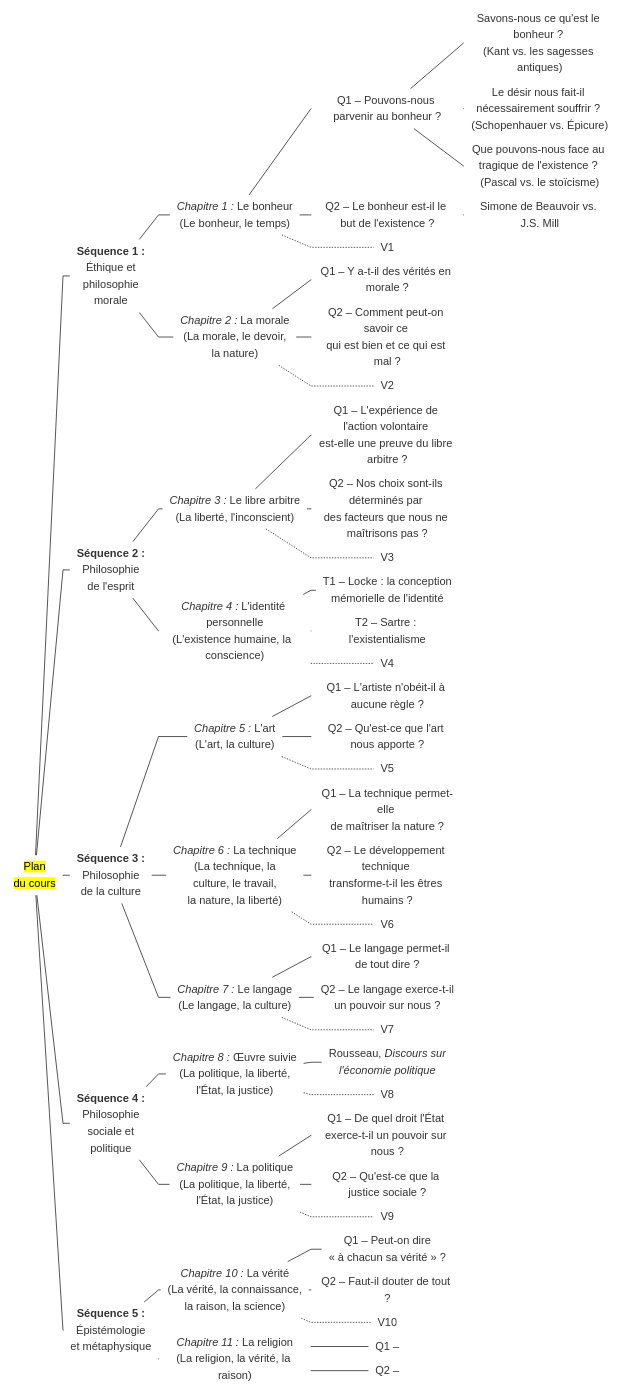
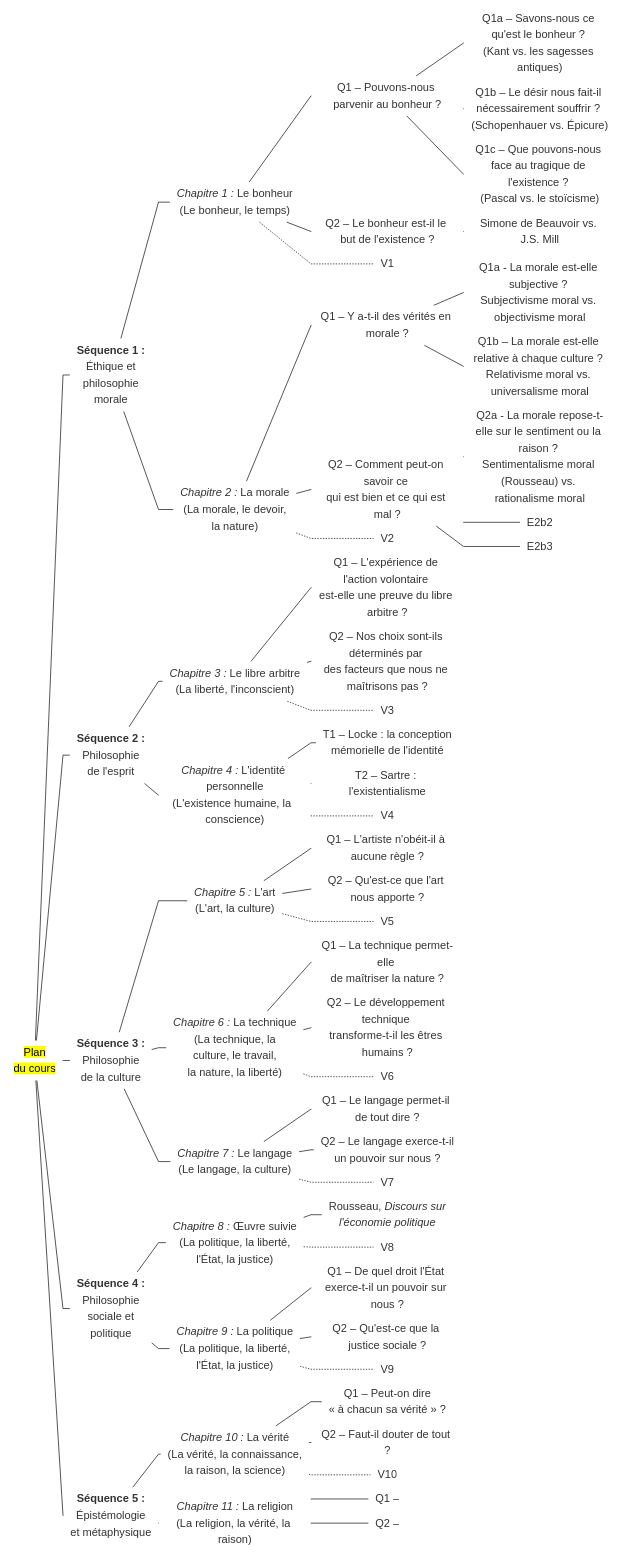
The diagram in plan-cours-2022.mmd (eyssette/tree-diagrams), drawn with Mermaid before and after one commit.

```diff
--- a/plan-cours-2022.mmd
+++ b/plan-cours-2022.mmd
@@ -1,89 +1,96 @@
 %%{init{"theme":"base","themeCSS":"* {line-height:1.25em!important; font-size:12px; text-align:left!important; } span span{color:#666; font-size:0.9em;}  g[id*=\"A\"] * {font-size:1.01em;}  g[id*=\"V\"] * {color:transparent} .edge-thickness-normal{stroke-width:1px; stroke:#999;} .edge-thickness-thick{stroke-width:1px!important} .edge-pattern-dotted{stroke:transparent} mark {background-color:grey; color:white; display:block; text-align:center!important; padding:5px 10px; border-radius:15px}","themeVariables":{"secondaryColor":"transparent","primaryColor":"transparent","primaryBorderColor":"transparent"},"flowchart":{"htmlLabels":true,"padding":5,"rankSpacing":1,"nodeSpacing":1,"curve":"linear"}} }%%
 flowchart LR
 
 A[<mark>Plan <br>du cours</mark>]
 
 B1[<b>Séquence 1 :</b></b><br> Éthique et <br> philosophie<br>  morale]
 B2[<b>Séquence 2 :</b><br> Philosophie <br> de l'esprit]
 B3[<b>Séquence 3 :</b><br> Philosophie<br> de la culture]
 B4[<b>Séquence 4 :</b><br> Philosophie<br>sociale et <br>politique]
 B5[<b>Séquence 5 :</b><br>Épistémologie <br>et métaphysique]
 
 A --- B1 & B2 & B3 & B4 & B5
 
 B1 --- C1 & C2
 B2 --- C3 & C4
 B3 --- C5 & C6 & C7
 B4 --- C8 & C9
 B5 --- C10 & C11
 
 C1["<i>Chapitre 1 :</i> Le bonheur<br><span>(Le bonheur, le temps)</span>"]
 C2["<i>Chapitre 2 :</i> La morale<br><span>(La morale, le devoir,<br>la nature)</span>"]
 
 C3["<i>Chapitre 3 :</i> Le libre arbitre<br><span>(La liberté, l'inconscient)</span>"]
 C4["<i>Chapitre 4 :</i> L'identité personnelle<br><span>(L'existence humaine, la  conscience)</span>"]
 
 C5["<i>Chapitre 5 :</i> L'art<br><span>(L'art, la culture)</span>"]
 C6["<i>Chapitre 6 :</i> La technique<br><span>(La technique, la<br>culture, le travail,<br>la nature, la liberté)</span>"]
 C7["<i>Chapitre 7 :</i> Le langage<br><span>(Le langage, la culture)</span>"]
 
 C8["<i>Chapitre 8 :</i> Œuvre suivie<br><span>(La politique, la liberté,<br> l'#Eacute;tat, la justice)</span>"]
 C9["<i>Chapitre 9 :</i> La politique<br><span>(La politique, la liberté,<br> l'#Eacute;tat, la justice)</span>"]
 
 C10["<i>Chapitre 10 :</i> La vérité<br><span>(La vérité, la connaissance, <br>la raison, la science)</span>"]
 C11["<i>Chapitre 11 :</i> La religion<br><span>(La religion, la vérité, la raison)</span>"]
 
 C1 --- D1a & D1b
 C1 -.- V1
 C2 --- D2a & D2b
 C2 -.- V2
 C3 --- D3a & D3b
 C3 -.- V3
 C4 --- D4a & D4b
 C4 -.- V4
 C5 --- D5a & D5b
 C5 -.- V5
 C6 --- D6a & D6b
 C6 -.- V6
 C7 --- D7a & D7b
 C7 -.- V7
 C8 --- D8
 C8 -.- V8
 C9 --- D9a & D9b
 C9 -.- V9
 C10 --- D10a & D10b
 C10 -.- V10
 C11 --- D11a & D11b
 
 D1a["Q1 – Pouvons-nous parvenir au bonheur ?"]
 D1b["Q2 – Le bonheur est-il le but de l'existence ?"]
 D2a["Q1 – Y a-t-il des vérités en morale ?"]
 D2b["Q2 – Comment peut-on savoir ce <br>qui est bien et ce qui est mal ?"]
 D3a["Q1 – L'expérience de l'action volontaire <br>est-elle une preuve du libre arbitre ?"]
 D3b["Q2 – Nos choix sont-ils déterminés par <br>des facteurs que nous ne maîtrisons pas ?"]
 D4a["T1 – Locke : la conception <br>mémorielle de l'identité"]
 D4b["T2 – Sartre : l'existentialisme"]
 D5a["Q1 – L'artiste n'obéit-il à aucune règle ?"]
 D5b["Q2 – Qu'est-ce que l'art nous apporte ?"]
 D6a["Q1 – La technique permet-elle <br>de maîtriser la nature ?"]
 D6b["Q2 – Le développement technique <br>transforme-t-il les êtres humains ?"]
 D7a["Q1 – Le langage permet-il de tout dire ?"]
 D7b["Q2 – Le langage exerce-t-il<br> un pouvoir sur nous ?"]
 D8["Rousseau, <i>Discours sur <br>l'économie politique</i>"]
 D9a["Q1 – De quel droit l'État <br>exerce-t-il un pouvoir sur nous ?"]
 D9b["Q2 – Qu'est-ce que la justice sociale ?"]
 D10a["Q1 – Peut-on dire <br>« à chacun sa vérité » ?"]
 D10b["Q2 – Faut-il douter de tout ?"]
 D11a["Q1 – "]
 D11b["Q2 – "]
 
 
 D1a --- E1a1 & E1a2 & E1a3
 D1b --- E1b1
 
-
-E1a1["Savons-nous ce qu'est le bonheur ? <br><span>(Kant vs. les sagesses antiques)</span>"]
-E1a2["Le désir nous fait-il nécessairement souffrir ? <br><span>(Schopenhauer vs. Épicure)</span>"]
-E1a3["Que pouvons-nous face au tragique de l'existence ? <br><span>(Pascal vs. le stoïcisme)</span>"]
+E1a1["Q1a – Savons-nous ce qu'est le bonheur ? <br><span>(Kant vs. les sagesses antiques)</span>"]
+E1a2["Q1b – Le désir nous fait-il nécessairement souffrir ? <br><span>(Schopenhauer vs. Épicure)</span>"]
+E1a3["Q1c – Que pouvons-nous face au tragique de l'existence ? <br><span>(Pascal vs. le stoïcisme)</span>"]
 
 E1b1["<span>Simone de Beauvoir vs. J.S. Mill</span>"]
+
+D2a --- E2a1 & E2a2
+D2b --- E2b1 & E2b2 & E2b3
+
+E2a1["Q1a - La morale est-elle subjective ? <br><span>Subjectivisme moral vs. objectivisme moral</span>"]
+E2a2["Q1b – La morale est-elle relative à chaque culture ? <br><span>Relativisme moral vs. universalisme moral</span>"]
+
+E2b1["Q2a - La morale repose-t-elle sur le sentiment ou la raison ? <br><span>Sentimentalisme moral (Rousseau) vs. rationalisme moral</span>"]
```
